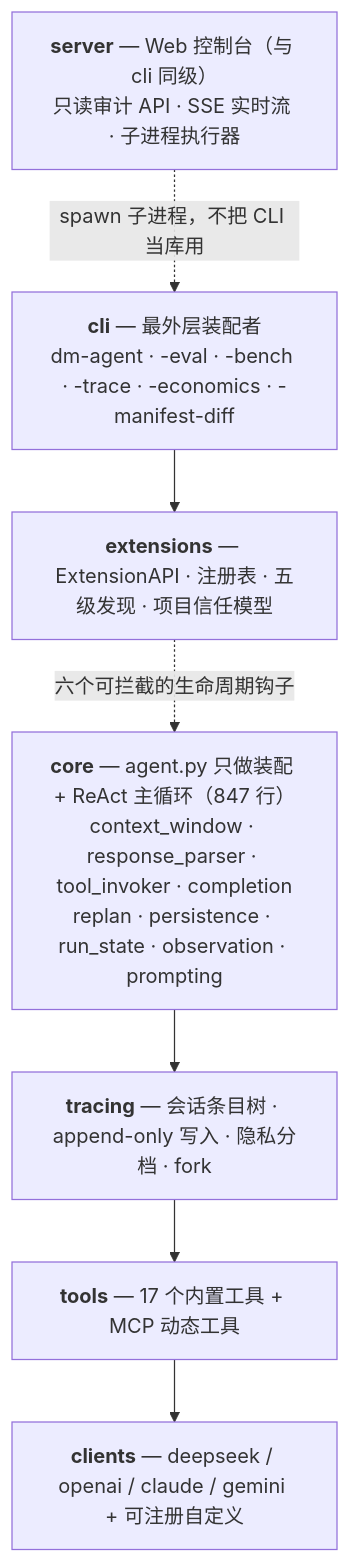
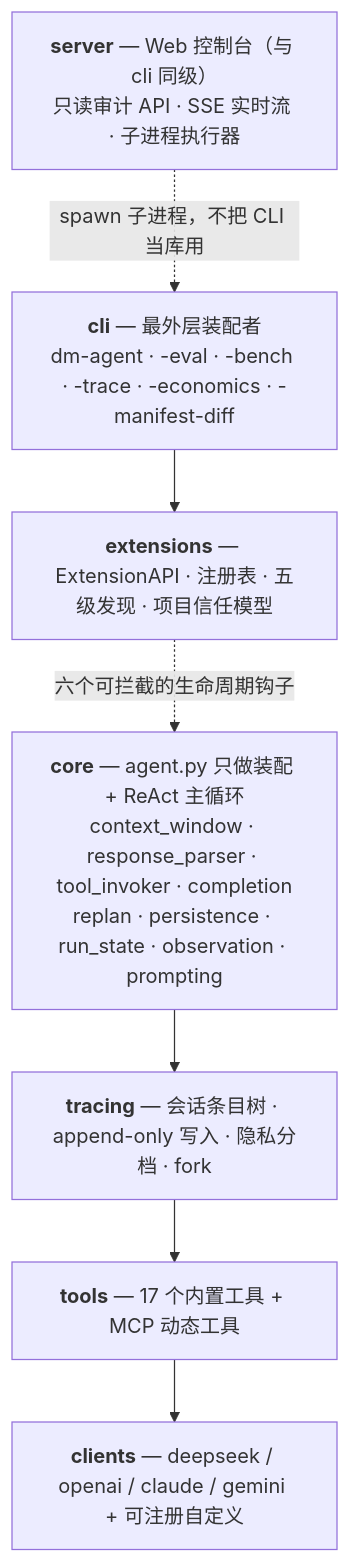
One commit to hwfengcs/DM-Code-Agent changed the diagram in README.md. Above: the diagram before and after it, drawn with Mermaid. The commit also changed other lines of this file and 5 other files, not shown here.

````diff
--- a/README.md
+++ b/README.md
@@ -239,15 +241,15 @@
 ```mermaid
 flowchart TD
     WEB["<b>server</b> — Web 控制台（与 cli 同级）<br/>只读审计 API · SSE 实时流 · 子进程执行器"]
     CLI["<b>cli</b> — 最外层装配者<br/>dm-agent · -eval · -bench · -trace · -economics · -manifest-diff"]
     EXT["<b>extensions</b> — ExtensionAPI · 注册表 · 五级发现 · 项目信任模型"]
-    CORE["<b>core</b> — agent.py 只做装配 + ReAct 主循环（847 行）<br/>context_window · response_parser · tool_invoker · completion<br/>replan · persistence · run_state · observation · prompting"]
+    CORE["<b>core</b> — agent.py 只做装配 + ReAct 主循环<br/>context_window · response_parser · tool_invoker · completion<br/>replan · persistence · run_state · observation · prompting"]
     TRACING["<b>tracing</b> — 会话条目树 · append-only 写入 · 隐私分档 · fork"]
     TOOLS["<b>tools</b> — 17 个内置工具 + MCP 动态工具"]
     CLIENTS["<b>clients</b> — deepseek / openai / claude / gemini + 可注册自定义"]
 
     WEB -. "spawn 子进程，不把 CLI 当库用" .-> CLI
     CLI --> EXT
     EXT -. "六个可拦截的生命周期钩子" .-> CORE
     CORE --> TRACING --> TOOLS --> CLIENTS
 ```
````
